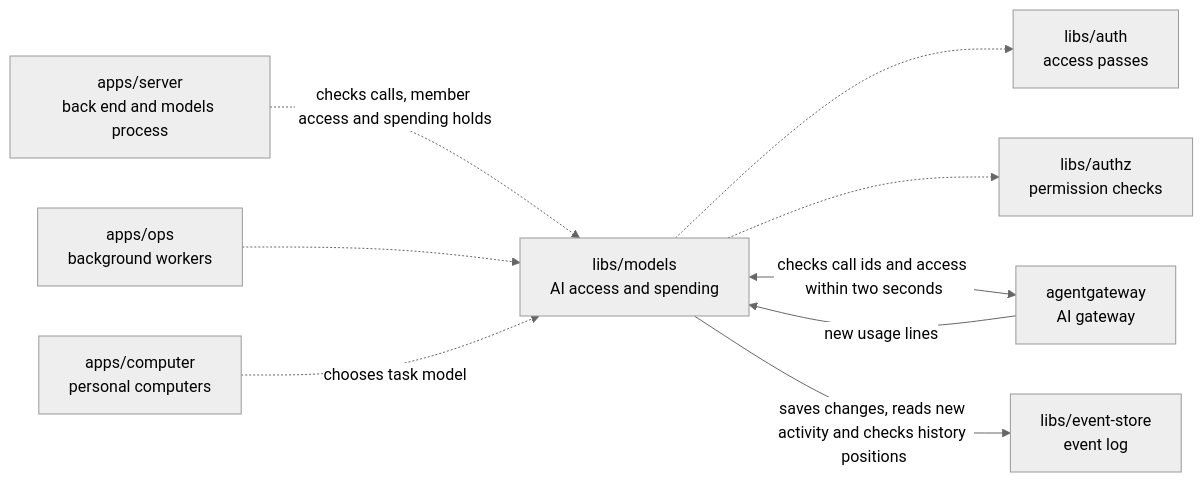
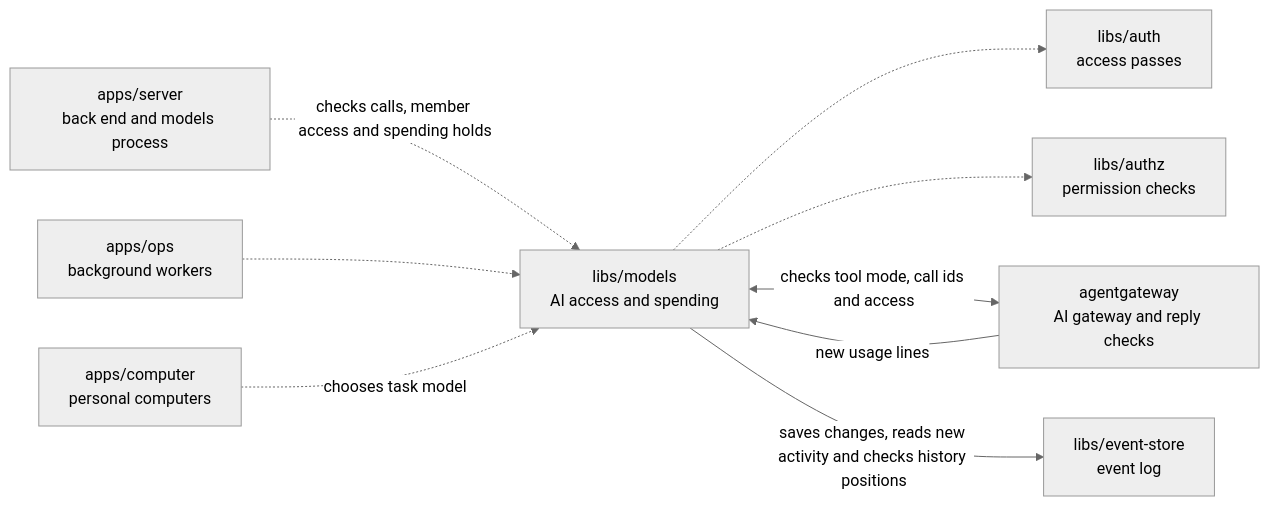
One commit to elewa-git/opencrane-new changed the diagram in libs/models/README.md. Above: the diagram before and after it, drawn with Mermaid (neutral theme). The commit also changed other lines of this file and 36 other files, not shown here.

````diff
--- a/libs/models/README.md
+++ b/libs/models/README.md
@@ -11,11 +11,11 @@
 ```mermaid
 flowchart LR
   server["apps/server<br/>back end and models process"] -.->|checks calls, member access and spending holds| models["libs/models<br/>AI access and spending"]
   ops["apps/ops<br/>background workers"] -.-> models
   computer["apps/computer<br/>personal computers"] -.->|chooses task model| models
   models -.-> auth["libs/auth<br/>access passes"]
   models -.-> authz["libs/authz<br/>permission checks"]
-  models <-->|checks call ids and access within two seconds| gateway["agentgateway<br/>AI gateway"]
+  models <-->|checks tool mode, call ids and access| gateway["agentgateway<br/>AI gateway and reply checks"]
   gateway -->|new usage lines| models
   models -->|saves changes, reads new activity and checks history positions| store["libs/event-store<br/>event log"]
 ```
````
